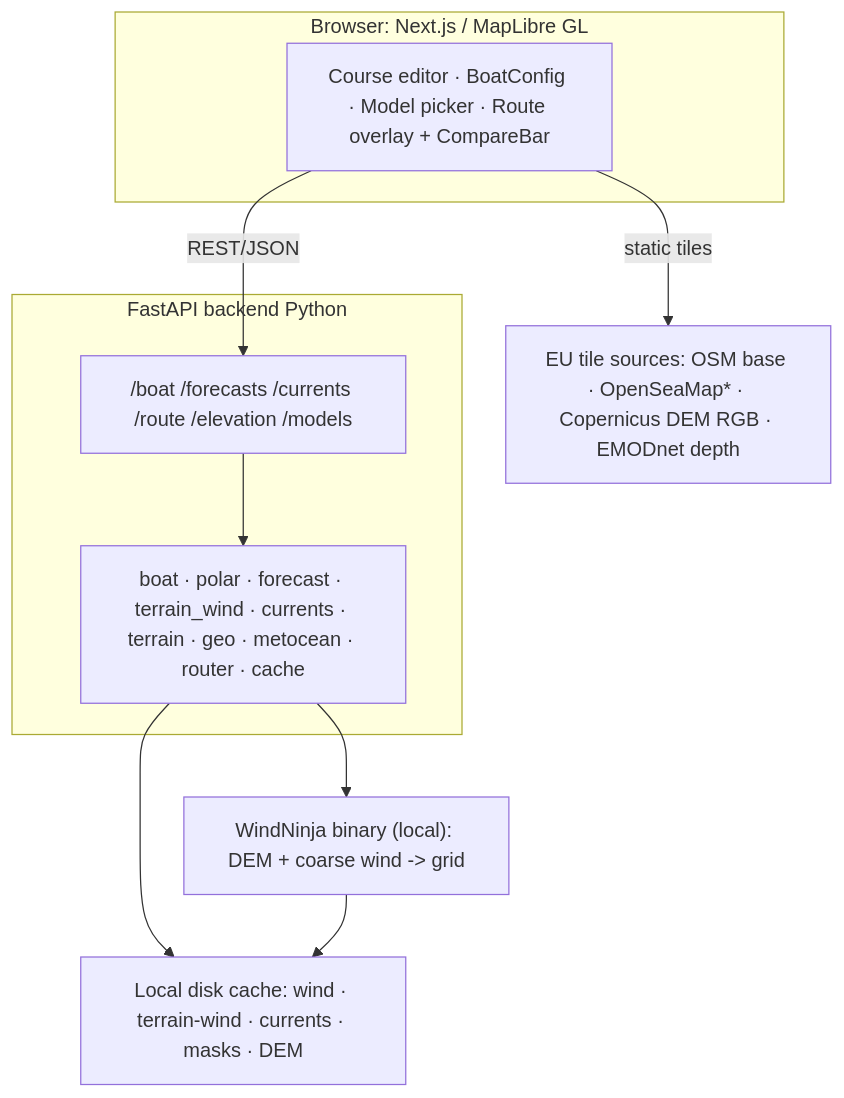
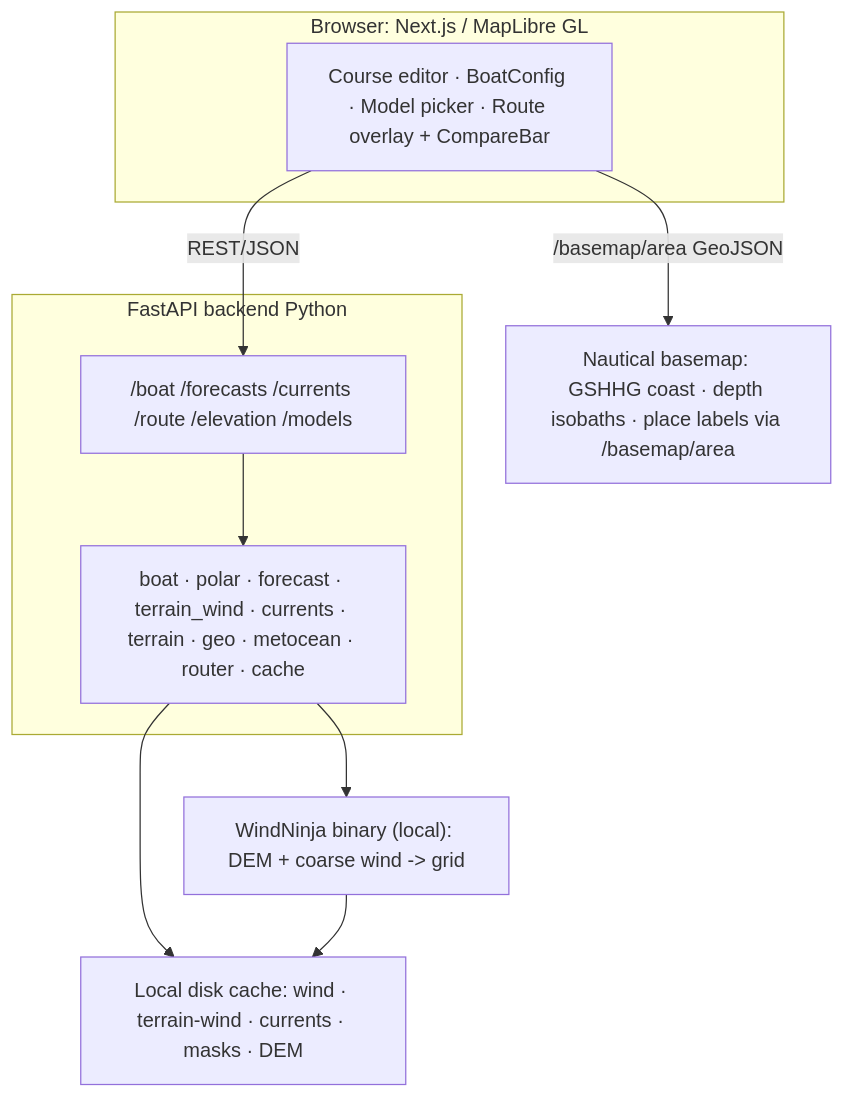
One commit to oliverkidd/sailing-router changed the diagram in docs/build-plan.md. Above: the diagram before and after it, drawn with Mermaid. The commit also changed other lines of this file and 78 other files, not shown here.

````diff
--- a/docs/build-plan.md
+++ b/docs/build-plan.md
@@ -144,19 +144,19 @@
 ```mermaid
 flowchart TD
   subgraph browser [Browser: Next.js / MapLibre GL]
     UI["Course editor · BoatConfig · Model picker · Route overlay + CompareBar"]
   end
   subgraph api [FastAPI backend Python]
     Routes["/boat /forecasts /currents /route /elevation /models"]
     Mods["boat · polar · forecast · terrain_wind · currents · terrain · geo · metocean · router · cache"]
   end
-  Tiles["EU tile sources: OSM base · OpenSeaMap* · Copernicus DEM RGB · EMODnet depth"]
+  Tiles["Nautical basemap: GSHHG coast · depth isobaths · place labels via /basemap/area"]
   WN["WindNinja binary (local): DEM + coarse wind -> grid"]
   Cache["Local disk cache: wind · terrain-wind · currents · masks · DEM"]
   UI -->|REST/JSON| Routes
-  UI -->|static tiles| Tiles
+  UI -->|/basemap/area GeoJSON| Tiles
   Routes --> Mods
   Mods --> WN
   Mods --> Cache
   WN --> Cache
 ```
````
